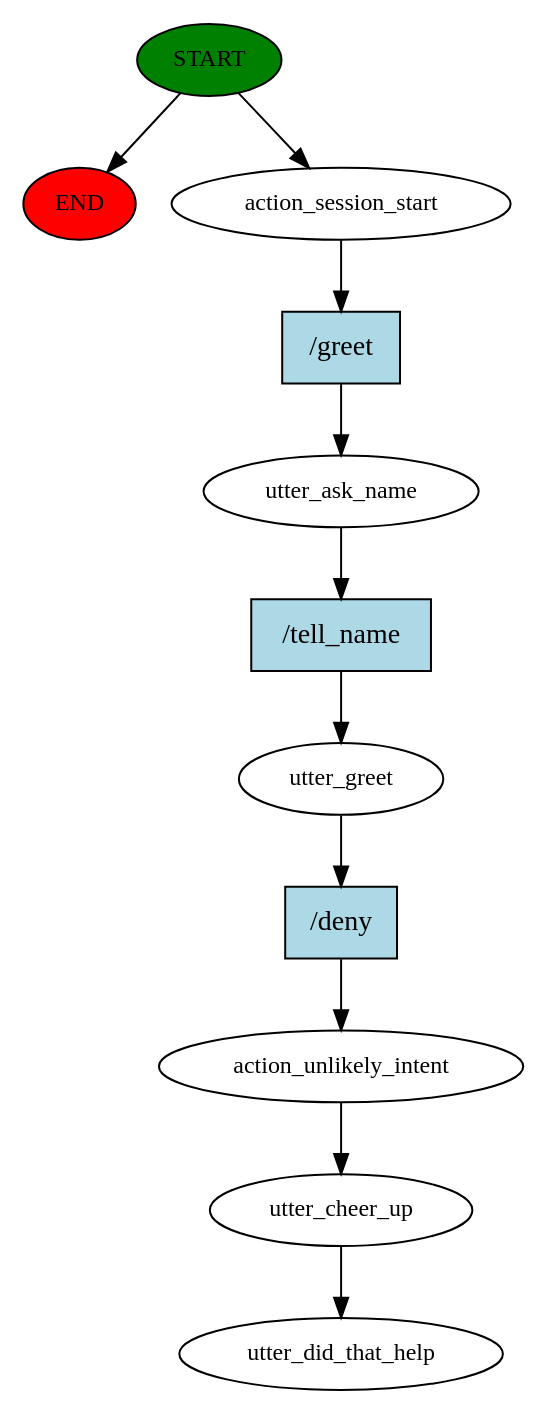
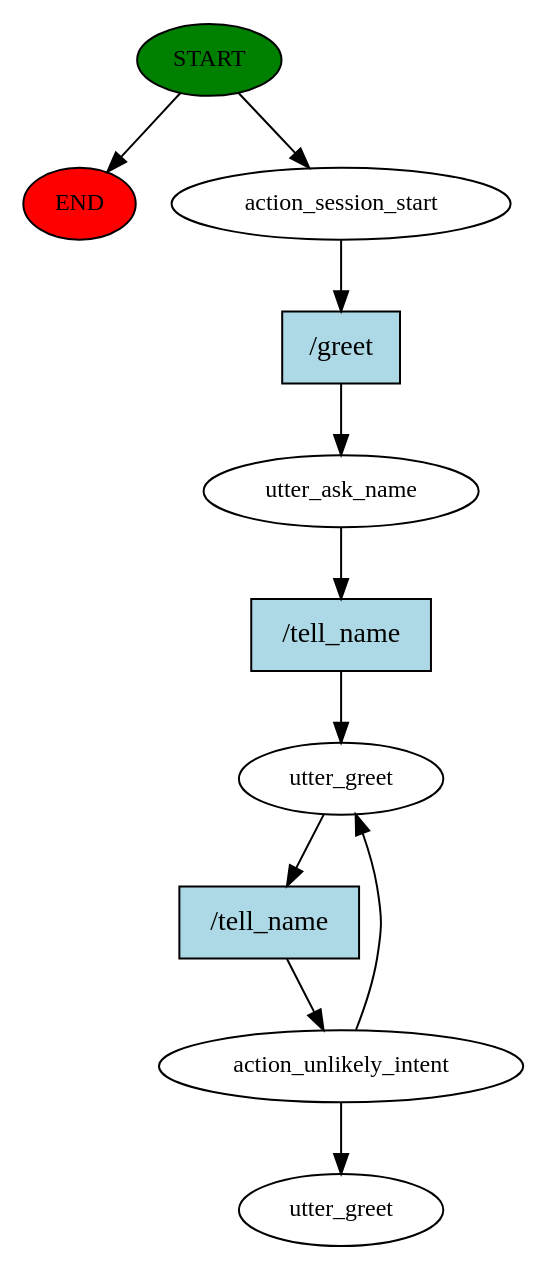
The diagram in moodbot/story_graph.dot (kkrueger61/ChatbotMakerspace), drawn with Graphviz before and after one commit. The commit also changed 3 other files, not shown here.

```diff
--- a/moodbot/story_graph.dot
+++ b/moodbot/story_graph.dot
@@ -1,23 +1,22 @@
 digraph  {
 0 [class="start active", fillcolor=green, fontsize=12, label=START, style=filled];
 "-1" [class=end, fillcolor=red, fontsize=12, label=END, style=filled];
 1 [class=active, fontsize=12, label=action_session_start];
 2 [class=active, fontsize=12, label=utter_ask_name];
 3 [class=active, fontsize=12, label=utter_greet];
 4 [class=active, fontsize=12, label=action_unlikely_intent];
-5 [class=active, fontsize=12, label=utter_cheer_up];
-6 [class="dashed active", fontsize=12, label=utter_did_that_help];
-7 [class="intent active", fillcolor=lightblue, label="/greet", shape=rect, style=filled];
-8 [class="intent active", fillcolor=lightblue, label="/tell_name", shape=rect, style=filled];
-9 [class="intent active", fillcolor=lightblue, label="/deny", shape=rect, style=filled];
+11 [class="dashed active", fontsize=12, label=utter_greet];
+12 [class="intent active", fillcolor=lightblue, label="/greet", shape=rect, style=filled];
+13 [class="intent active", fillcolor=lightblue, label="/tell_name", shape=rect, style=filled];
+14 [class="intent active", fillcolor=lightblue, label="/tell_name", shape=rect, style=filled];
 0 -> "-1"  [class="", key=NONE, label=""];
 0 -> 1  [class=active, key=NONE, label=""];
-1 -> 7  [class=active, key=0];
-2 -> 8  [class=active, key=0];
-3 -> 9  [class=active, key=0];
-4 -> 5  [class=active, key=NONE, label=""];
-5 -> 6  [class=active, key=NONE, label=""];
-7 -> 2  [class=active, key=0];
-8 -> 3  [class=active, key=0];
-9 -> 4  [class=active, key=0];
+1 -> 12  [class=active, key=0];
+2 -> 13  [class=active, key=0];
+3 -> 14  [class=active, key=0];
+4 -> 3  [class=active, key=NONE, label=""];
+4 -> 11  [class=active, key=NONE, label=""];
+12 -> 2  [class=active, key=0];
+13 -> 3  [class=active, key=0];
+14 -> 4  [class=active, key=0];
 }
```
